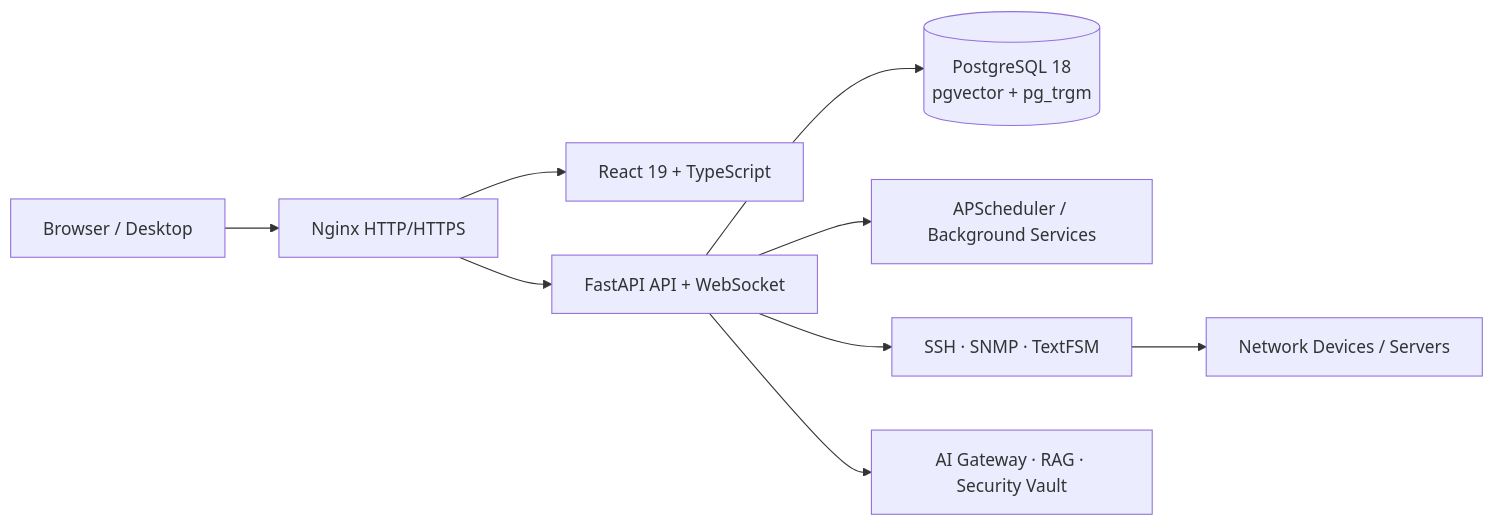
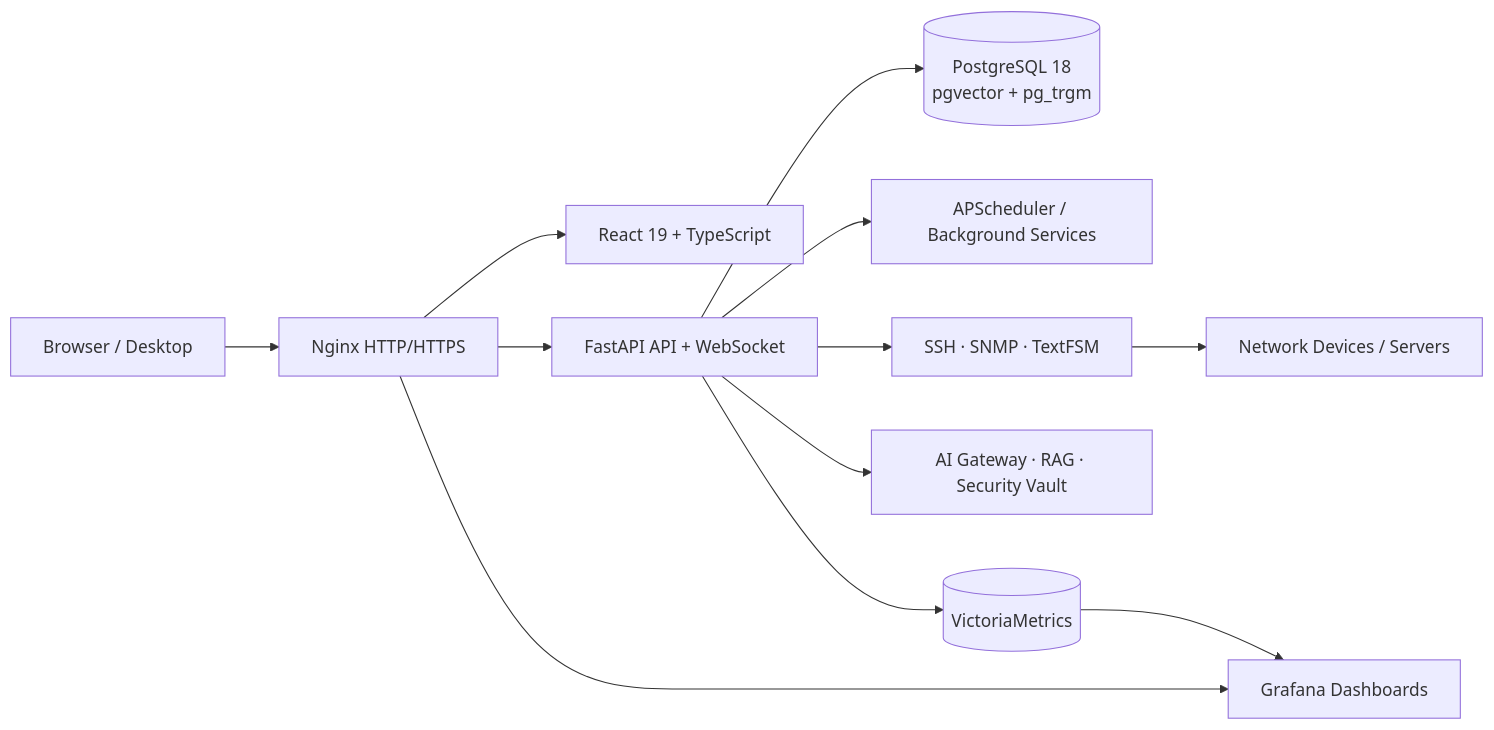
The diagram in README.md (libing28390-sketch/Release-netops), drawn with Mermaid before and after one commit. The commit also changed other lines of this file and 57 other files, not shown here.

````diff
--- a/README.md
+++ b/README.md
@@ -58,11 +58,14 @@
 ```mermaid
 flowchart LR
     User[Browser / Desktop] --> Nginx[Nginx HTTP/HTTPS]
     Nginx --> Web[React 19 + TypeScript]
     Nginx --> API[FastAPI API + WebSocket]
     API --> DB[(PostgreSQL 18<br/>pgvector + pg_trgm)]
     API --> Scheduler[APScheduler / Background Services]
     API --> Drivers[SSH · SNMP · TextFSM]
     API --> AI[AI Gateway · RAG · Security Vault]
     Drivers --> Devices[Network Devices / Servers]
+    API --> VM[(VictoriaMetrics)]
+    VM --> Grafana[Grafana Dashboards]
+    Nginx --> Grafana
 ```
````
